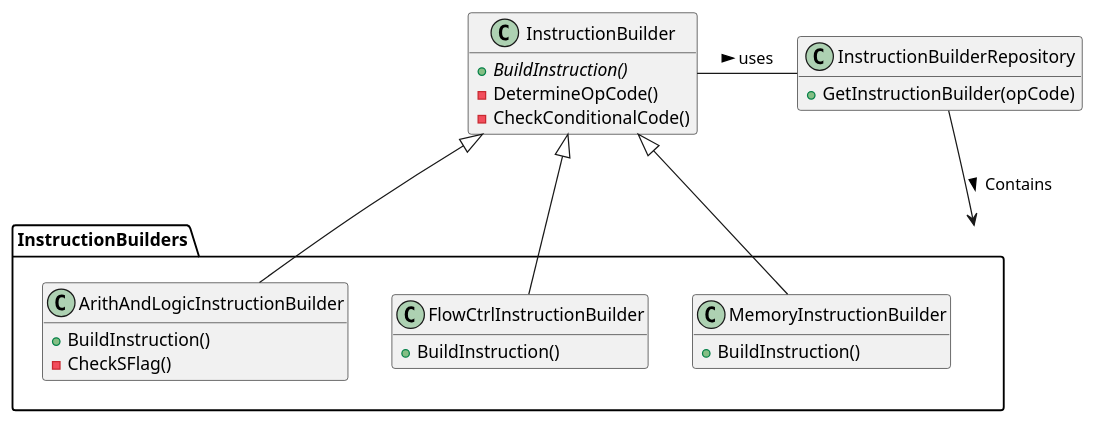
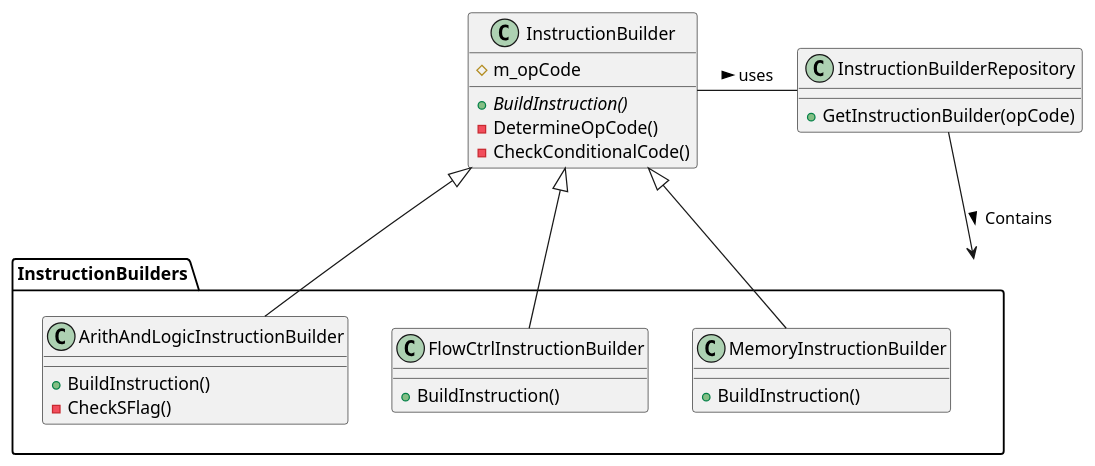
The second of 3 diagrams in docs/Instruction_Execution.md (KaravolisL/ARM-ISA-Simulator), drawn with PlantUML before and after one commit. The commit also changed 7 other files, not shown here.

````diff
--- a/docs/Instruction_Execution.md
+++ b/docs/Instruction_Execution.md
@@ -41,46 +41,45 @@
 ```plantuml
 @startuml
-
-hide fields
 
 class InstructionBuilder
 {
     {abstract} + BuildInstruction()
     - DetermineOpCode()
     - CheckConditionalCode()
+    # m_opCode
 }
 
 class InstructionBuilderRepository
 {
     + GetInstructionBuilder(opCode)
 }
 
 package InstructionBuilders
 {
 
 class ArithAndLogicInstructionBuilder
 {
     + BuildInstruction()
     - CheckSFlag()
 }
 
 class FlowCtrlInstructionBuilder
 {
     + BuildInstruction()
 }
 
 class MemoryInstructionBuilder
 {
     + BuildInstruction()
 }
 }
 
 InstructionBuilder <|-- ArithAndLogicInstructionBuilder
 InstructionBuilder <|-- FlowCtrlInstructionBuilder
 InstructionBuilder <|-- MemoryInstructionBuilder
 InstructionBuilder - InstructionBuilderRepository : > uses
 InstructionBuilderRepository --> InstructionBuilders : > Contains
 
 
 @enduml
 ```
````
